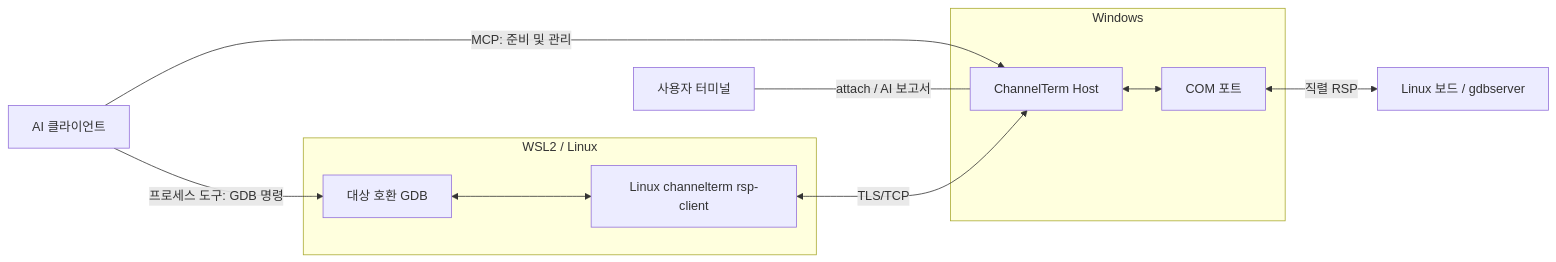
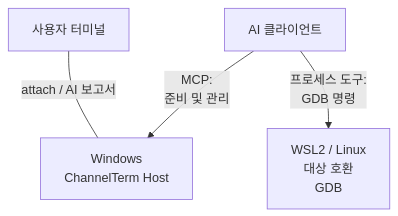
Before and after one commit to akira-init1/ChannelTerm: the first of 3 diagrams in README.ko.md, drawn with Mermaid. The commit also changed other lines of this file and 13 other files, not shown here.

First line of the commit message:
docs(diagrams): clarify shared terminal and debugger data flows

````diff
--- a/README.ko.md
+++ b/README.ko.md
@@ -249,21 +251,10 @@
 ```mermaid
-flowchart LR
+flowchart TB
     AI["AI 클라이언트"]
     Human["사용자 터미널"]
-    subgraph Windows
-        Host["ChannelTerm Host"]
-        COM["COM 포트"]
-        Host <--> COM
-    end
-    subgraph WSL2["WSL2 / Linux"]
-        GDB["대상 호환 GDB"]
-        Helper["Linux channelterm rsp-client"]
-        GDB <--> Helper
-    end
-    Board["Linux 보드 / gdbserver"]
-    AI -->|"MCP: 준비 및 관리"| Host
-    AI -->|"프로세스 도구: GDB 명령"| GDB
+    Host["Windows<br/>ChannelTerm Host"]
+    GDB["WSL2 / Linux<br/>대상 호환<br/>GDB"]
+    AI -->|"MCP:<br/>준비 및 관리"| Host
+    AI -->|"프로세스 도구:<br/>GDB 명령"| GDB
     Human ---|"attach / AI 보고서"| Host
-    Helper <-->|"TLS/TCP"| Host
-    COM <-->|"직렬 RSP"| Board
 ```
````
